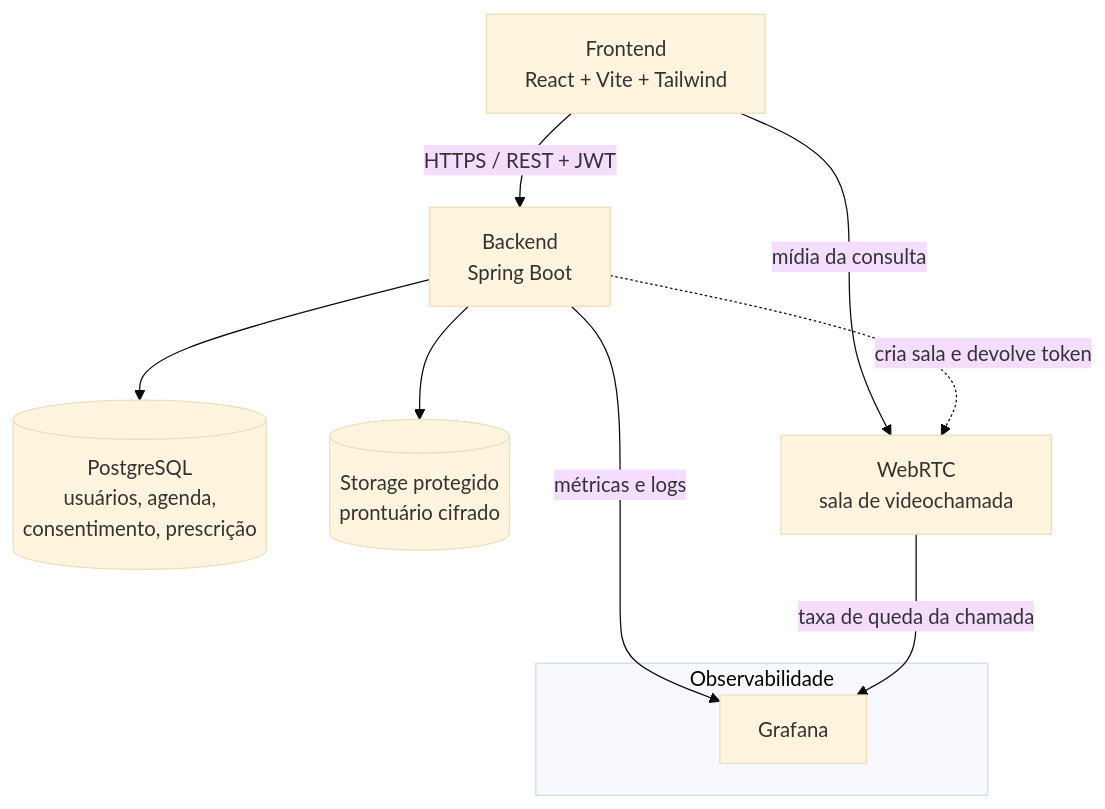
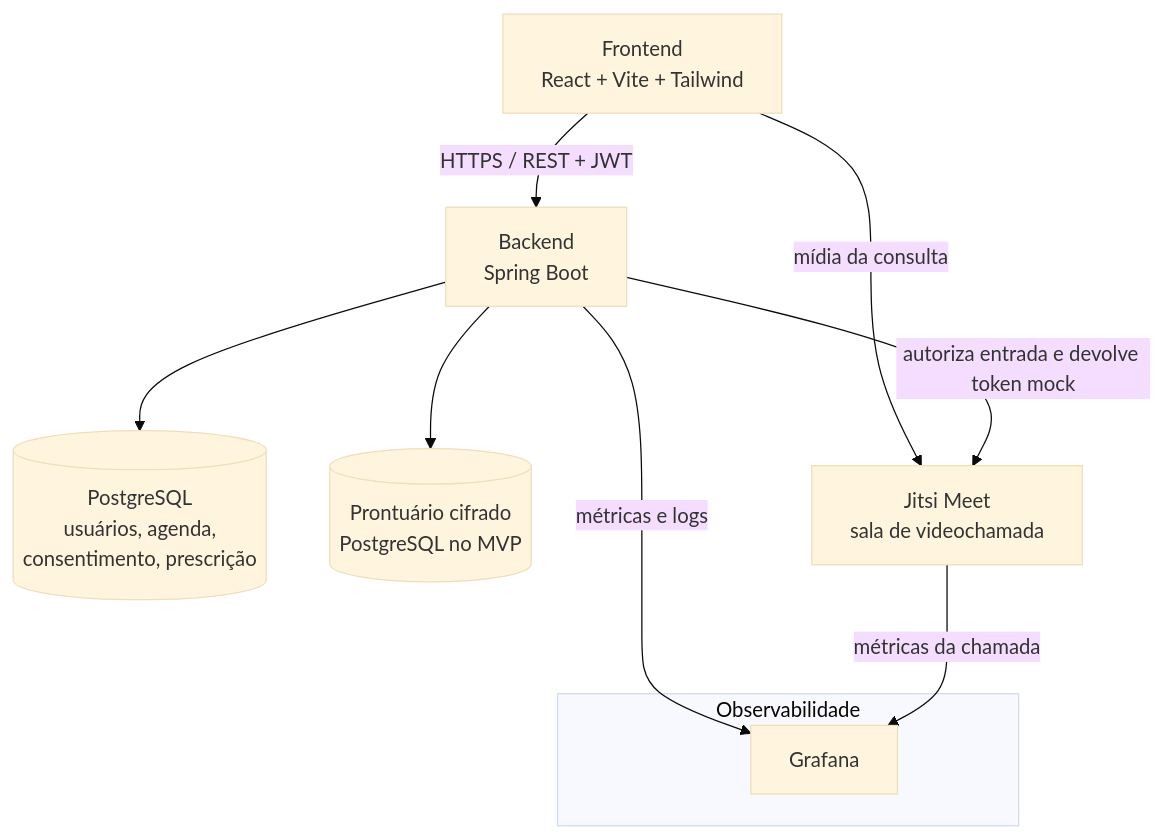
The first of 3 diagrams in README.md (iagobcosta/vida-conecta), drawn with Mermaid (base theme) before and after one commit. The commit also changed other lines of this file and 7 other files, not shown here.

````diff
--- a/README.md
+++ b/README.md
@@ -58,24 +58,24 @@
 ```mermaid
 flowchart TB
   FE[Frontend<br/>React + Vite + Tailwind]
 
   BE[Backend<br/>Spring Boot]
 
   PG[(PostgreSQL<br/>usuários, agenda,<br/>consentimento, prescrição)]
-  EHR[(Storage protegido<br/>prontuário cifrado)]
-  SFU[WebRTC<br/>sala de videochamada]
+  EHR[(Prontuário cifrado<br/>PostgreSQL no MVP)]
+  JITSI[Jitsi Meet<br/>sala de videochamada]
 
   subgraph obs [Observabilidade]
     GRAF[Grafana]
   end
 
   FE -->|HTTPS / REST + JWT| BE
-  FE -->|mídia da consulta| SFU
+  FE -->|mídia da consulta| JITSI
 
   BE --> PG
   BE --> EHR
-  BE -.->|cria sala e devolve token| SFU
+  BE -->|autoriza entrada e devolve token mock| JITSI
 
   BE -->|métricas e logs| GRAF
-  SFU -->|taxa de queda da chamada| GRAF
+  JITSI -->|métricas da chamada| GRAF
 ```
````
